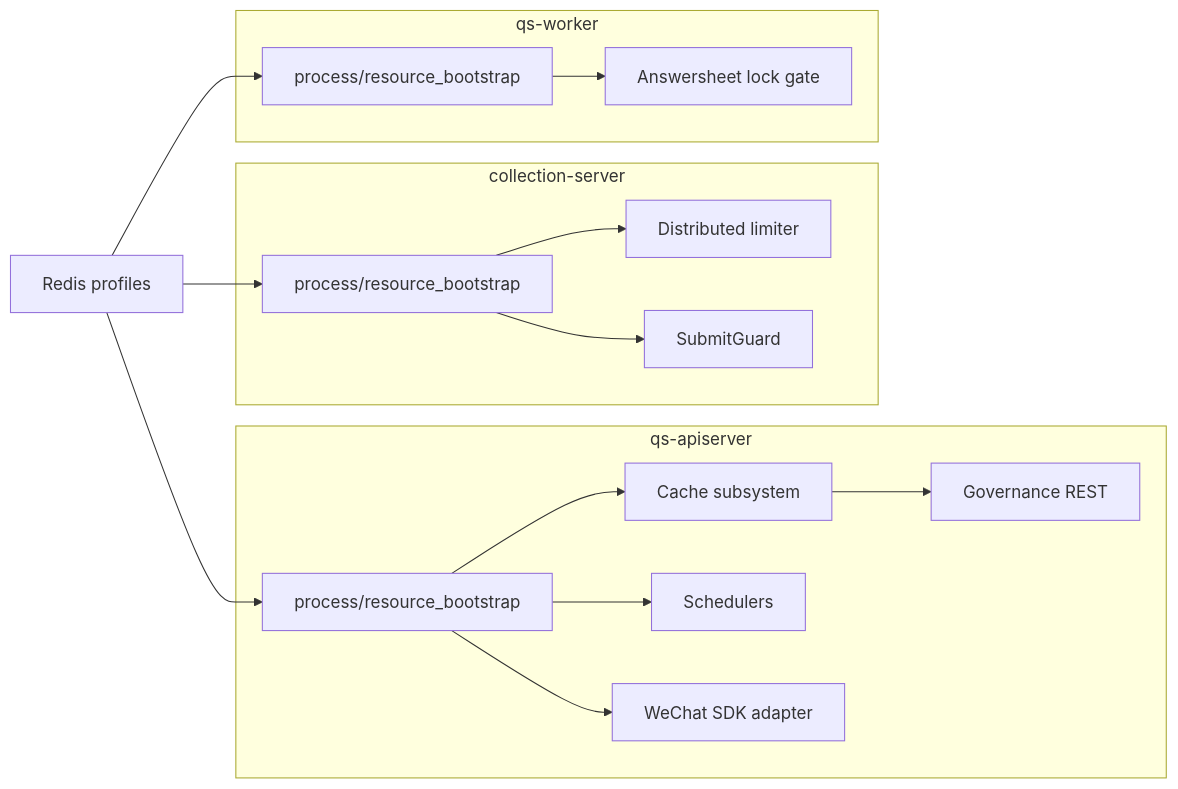
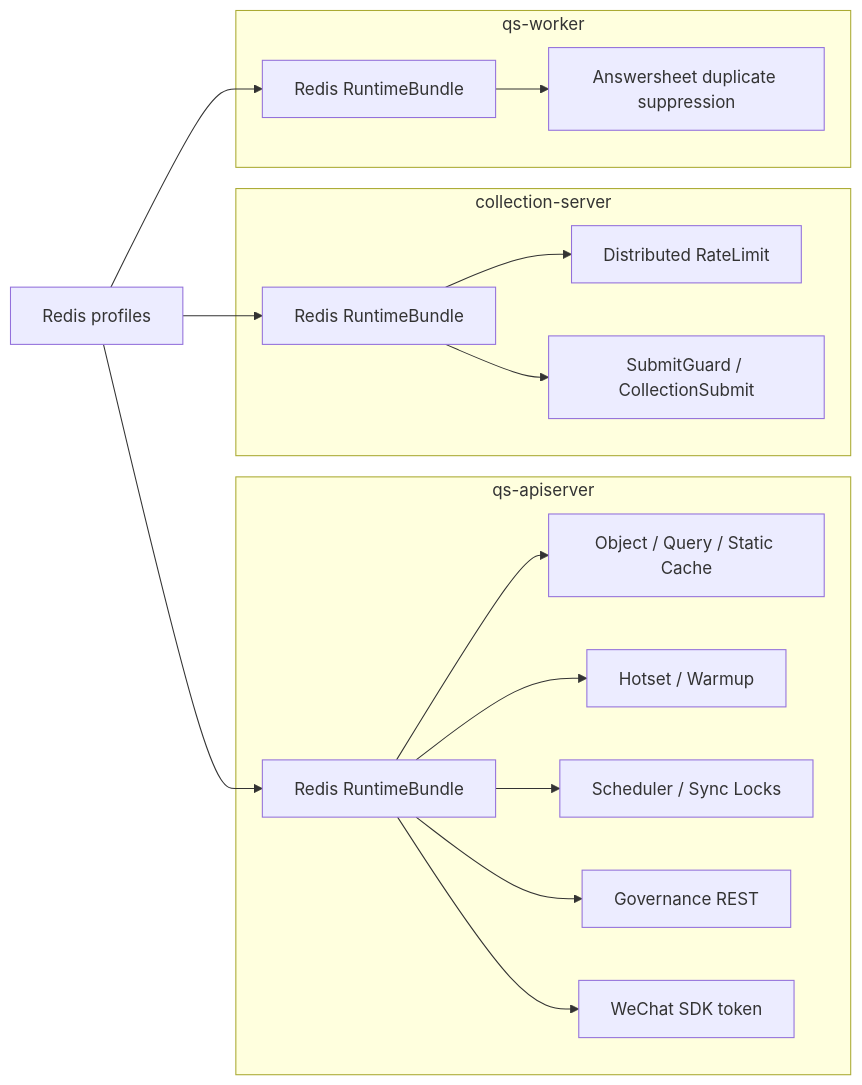
Before and after one commit to FangcunMount/qs-server: the second of 3 diagrams in docs/03-基础设施/redis/00-整体架构.md, drawn with Mermaid. The commit also changed other lines of this file and 10 other files, not shown here.

````diff
--- a/docs/03-基础设施/redis/00-整体架构.md
+++ b/docs/03-基础设施/redis/00-整体架构.md
@@ -69,31 +388,38 @@
 ```mermaid
 flowchart LR
-    Redis["Redis profiles"]
+    redis["Redis profiles"]
 
     subgraph API["qs-apiserver"]
-        APIRuntime["process/resource_bootstrap"]
-        Cache["Cache subsystem"]
-        Scheduler["Schedulers"]
-        SDK["WeChat SDK adapter"]
-        Gov["Governance REST"]
+        apiRuntime["Redis RuntimeBundle"]
+        apiCache["Object / Query / Static Cache"]
+        apiHotset["Hotset / Warmup"]
+        apiLock["Scheduler / Sync Locks"]
+        apiGov["Governance REST"]
+        apiSDK["WeChat SDK token"]
     end
 
     subgraph COL["collection-server"]
-        COLRuntime["process/resource_bootstrap"]
-        Rate["Distributed limiter"]
-        Guard["SubmitGuard"]
+        colRuntime["Redis RuntimeBundle"]
+        colRate["Distributed RateLimit"]
+        colSubmit["SubmitGuard / CollectionSubmit"]
     end
 
-    subgraph WORKER["qs-worker"]
-        WRuntime["process/resource_bootstrap"]
-        Gate["Answersheet lock gate"]
+    subgraph Worker["qs-worker"]
+        workerRuntime["Redis RuntimeBundle"]
+        workerGate["Answersheet duplicate suppression"]
     end
 
-    Redis --> APIRuntime --> Cache
-    APIRuntime --> Scheduler
-    APIRuntime --> SDK
-    Cache --> Gov
-    Redis --> COLRuntime --> Rate
-    COLRuntime --> Guard
-    Redis --> WRuntime --> Gate
+    redis --> apiRuntime
+    apiRuntime --> apiCache
+    apiRuntime --> apiHotset
+    apiRuntime --> apiLock
+    apiRuntime --> apiGov
+    apiRuntime --> apiSDK
+
+    redis --> colRuntime
+    colRuntime --> colRate
+    colRuntime --> colSubmit
+
+    redis --> workerRuntime
+    workerRuntime --> workerGate
 ```
````
